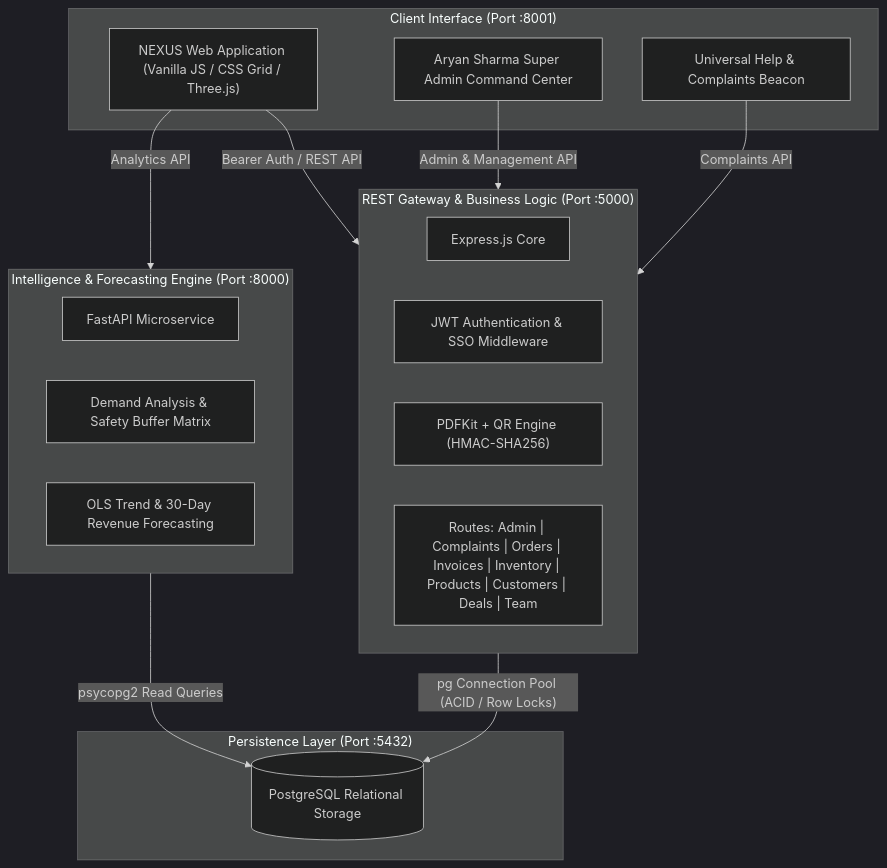
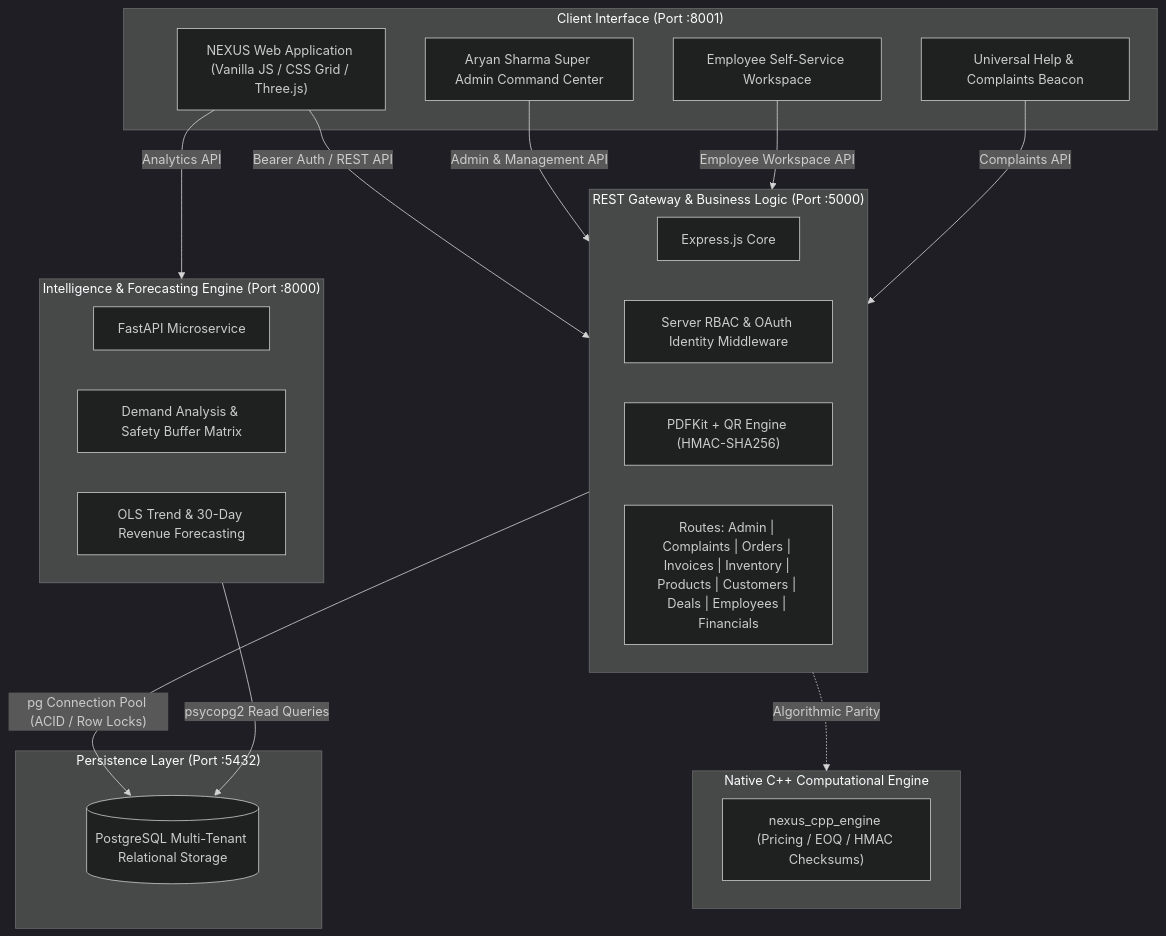
One commit to aaddi1/NEXUS changed the first of 2 diagrams in README.md. Above: the diagram before and after it, drawn with Mermaid (dark theme). The commit also changed other lines of this file, not shown here.

Commit message:
Update README.md with complete multi-tenant schema, PWA desktop app, C++ engine, and 15-point test matrix

````diff
--- a/README.md
+++ b/README.md
@@ -30,32 +30,39 @@
 ```mermaid
 flowchart TD
     subgraph Client ["Client Interface (Port :8001)"]
         UI["NEXUS Web Application (Vanilla JS / CSS Grid / Three.js)"]
         SuperAdminUI["Aryan Sharma Super Admin Command Center"]
+        EmpUI["Employee Self-Service Workspace"]
         HelpBeacon["Universal Help & Complaints Beacon"]
     end
 
     subgraph BackendGateway ["REST Gateway & Business Logic (Port :5000)"]
         Express["Express.js Core"]
-        AuthMid["JWT Authentication & SSO Middleware"]
+        AuthMid["Server RBAC & OAuth Identity Middleware"]
         PDFGen["PDFKit + QR Engine (HMAC-SHA256)"]
-        Routes["Routes: Admin | Complaints | Orders | Invoices | Inventory | Products | Customers | Deals | Team"]
+        Routes["Routes: Admin | Complaints | Orders | Invoices | Inventory | Products | Customers | Deals | Employees | Financials"]
     end
 
     subgraph AnalyticsEngine ["Intelligence & Forecasting Engine (Port :8000)"]
         FastAPI["FastAPI Microservice"]
         Demand["Demand Analysis & Safety Buffer Matrix"]
         Forecast["OLS Trend & 30-Day Revenue Forecasting"]
     end
 
+    subgraph NativeCpp ["Native C++ Computational Engine"]
+        CppEngine["nexus_cpp_engine (Pricing / EOQ / HMAC Checksums)"]
+    end
+
     subgraph DataPersistence ["Persistence Layer (Port :5432)"]
-        Postgres[(PostgreSQL Relational Storage)]
+        Postgres[(PostgreSQL Multi-Tenant Relational Storage)]
     end
 
     UI -->|"Bearer Auth / REST API"| BackendGateway
     SuperAdminUI -->|"Admin & Management API"| BackendGateway
+    EmpUI -->|"Employee Workspace API"| BackendGateway
     HelpBeacon -->|"Complaints API"| BackendGateway
     UI -->|"Analytics API"| AnalyticsEngine
     BackendGateway -->|"pg Connection Pool (ACID / Row Locks)"| Postgres
     AnalyticsEngine -->|"psycopg2 Read Queries"| Postgres
+    BackendGateway -.->|"Algorithmic Parity"| NativeCpp
 ```
````
